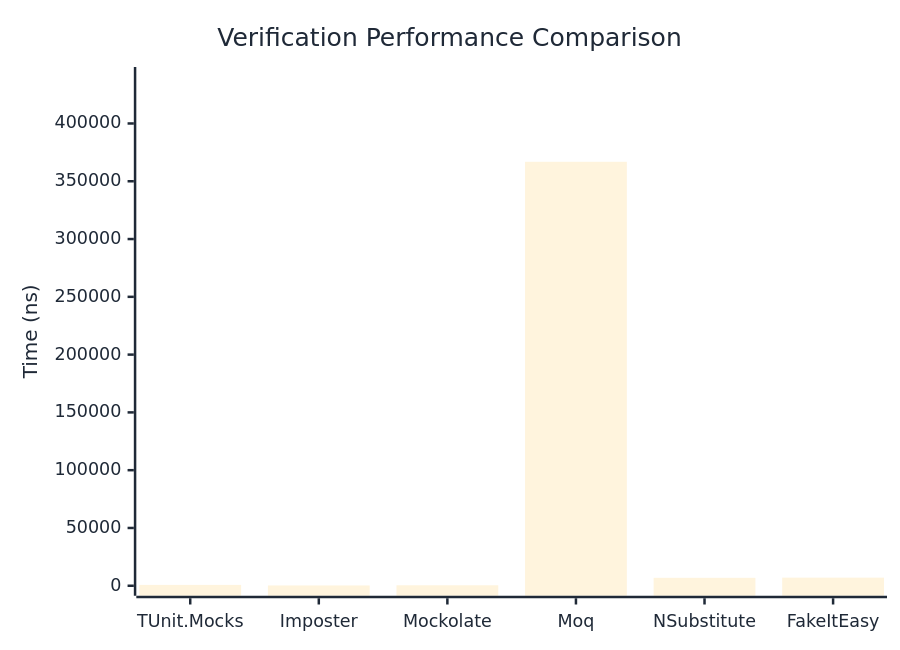
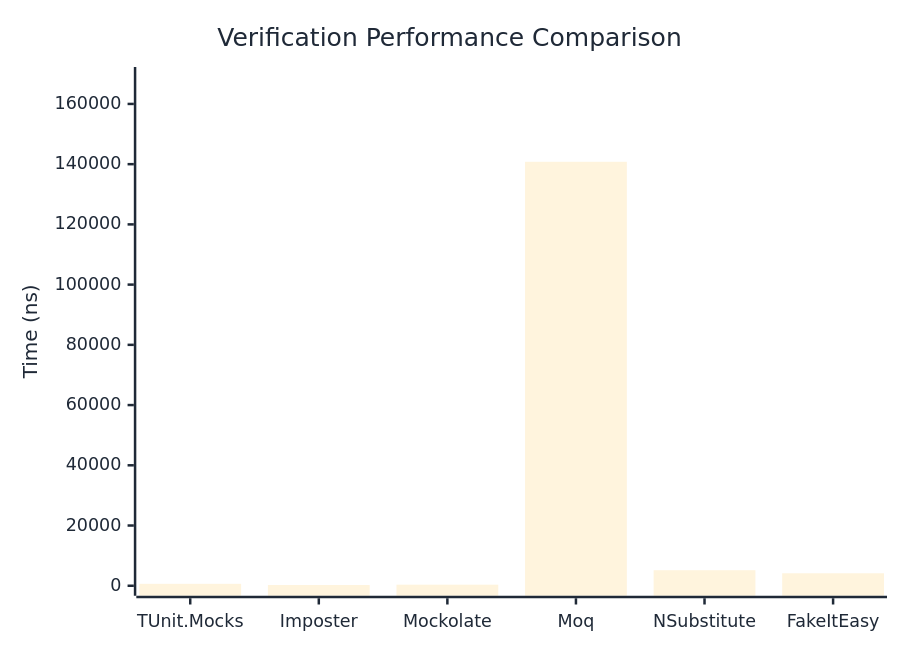
Before and after one commit to thomhurst/TUnit: the first of 3 diagrams in docs/docs/benchmarks/mocks/Verification.md, drawn with Mermaid. The commit also changed other lines of this file and 14 other files, not shown here.

````diff
--- a/docs/docs/benchmarks/mocks/Verification.md
+++ b/docs/docs/benchmarks/mocks/Verification.md
@@ -30,27 +30,27 @@
 ```mermaid
 %%{init: {
   'theme':'base',
   'themeVariables': {
     'primaryColor': '#2563eb',
     'primaryTextColor': '#1f2937',
     'primaryBorderColor': '#1e40af',
     'lineColor': '#6b7280',
     'secondaryColor': '#7c3aed',
     'tertiaryColor': '#dc2626',
     'background': '#ffffff',
     'pie1': '#2563eb',
     'pie2': '#7c3aed',
     'pie3': '#dc2626',
     'pie4': '#f59e0b',
     'pie5': '#10b981',
     'pie6': '#06b6d4',
     'pie7': '#ec4899',
     'pie8': '#6366f1'
   }
 }}%%
 xychart-beta
   title "Verification Performance Comparison"
   x-axis ["TUnit.Mocks", "Imposter", "Mockolate", "Moq", "NSubstitute", "FakeItEasy"]
-  y-axis "Time (ns)" 0 --> 440212
-  bar [727.78, 267.11, 408.77, 366842.93, 6864.33, 7024.86]
+  y-axis "Time (ns)" 0 --> 168945
+  bar [642.56, 245.61, 354.26, 140787.42, 5156.06, 4143.91]
 ```
````
